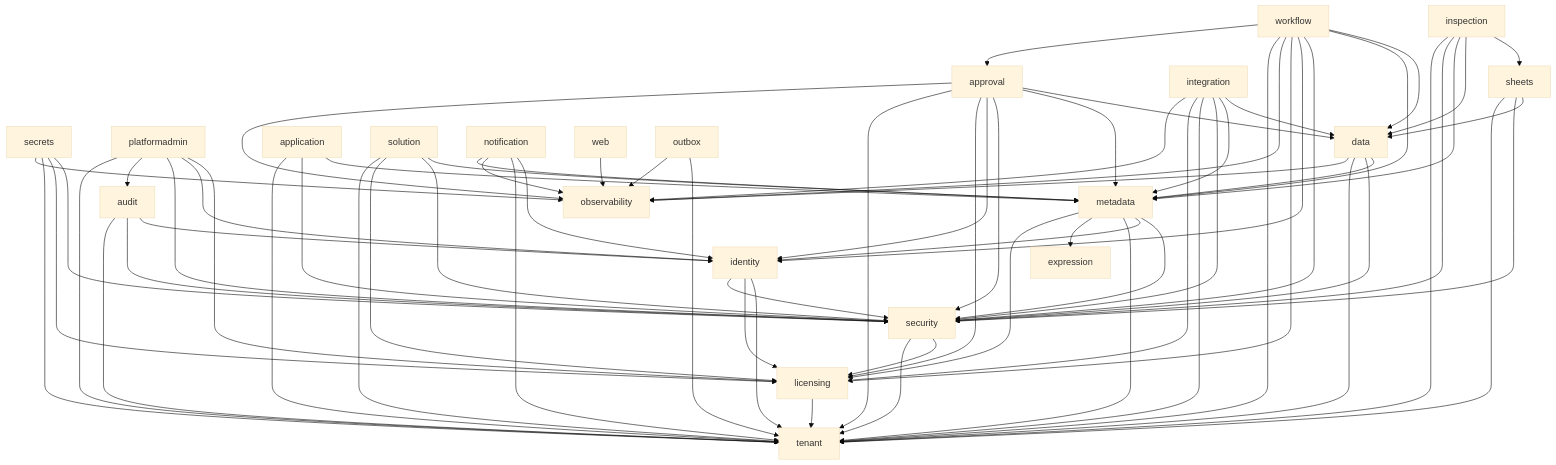
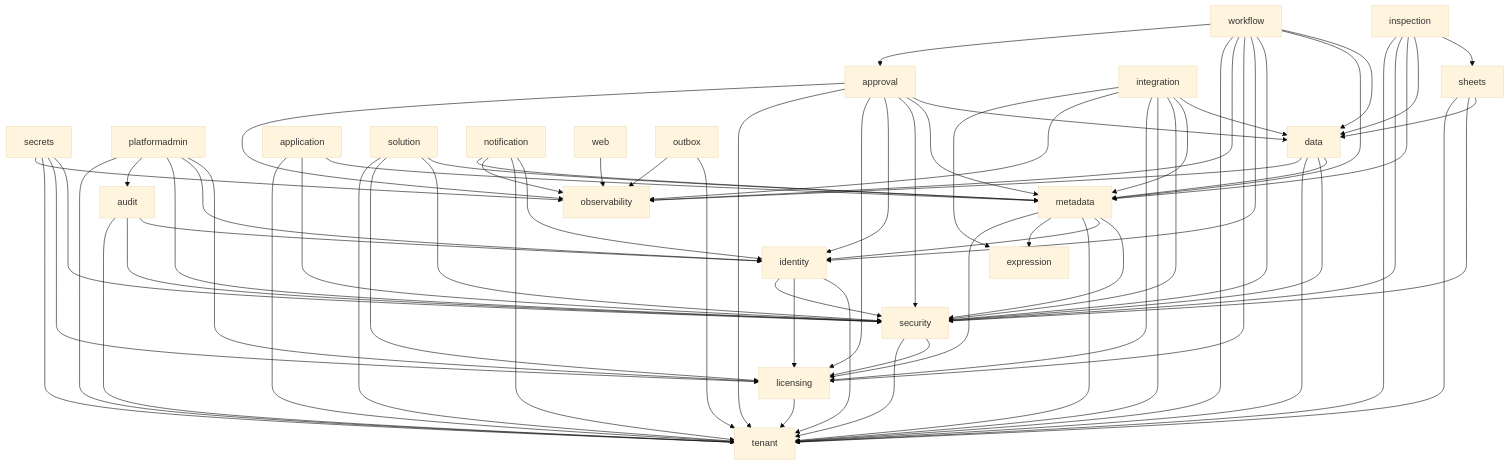
Before and after one commit to JKCloudbridge/SaaSJAVA: the diagram in docs/modules.md, drawn with Mermaid (base theme). The commit also changed other lines of this file and 97 other files, not shown here.

````diff
--- a/docs/modules.md
+++ b/docs/modules.md
@@ -36,21 +36,21 @@
 ```mermaid
 graph TD
   secrets --> security & licensing & tenant & observability
   platformadmin --> licensing & identity & security & audit & tenant
   audit --> identity & security & tenant
   workflow --> data & metadata & security & identity & licensing & observability & tenant & approval
   approval --> data & metadata & security & identity & licensing & tenant & observability
-  integration --> data & metadata & security & tenant & licensing & observability
+  integration --> data & metadata & security & tenant & licensing & observability & expression
   data --> metadata & security & tenant & observability
   sheets --> data & security & tenant
   inspection --> sheets & data & metadata & security & tenant
   application --> metadata & security & tenant
   solution --> metadata & security & licensing & tenant
   metadata --> security & identity & tenant & expression & licensing
   security --> licensing & tenant
   licensing --> tenant
   notification --> identity & tenant & observability & metadata
   identity --> tenant & licensing & security
   web --> observability
   outbox --> tenant & observability
 ```
````
